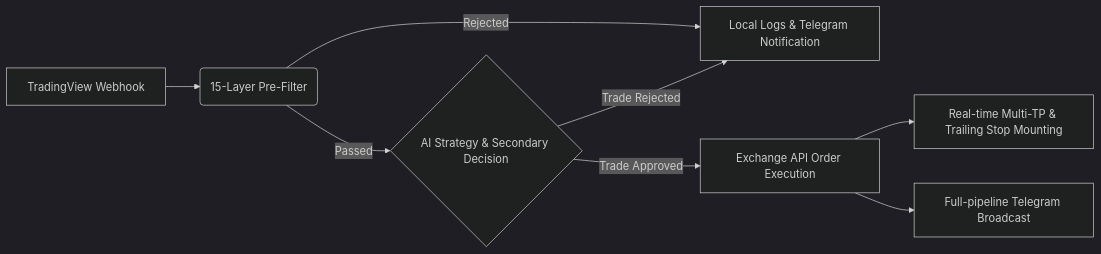
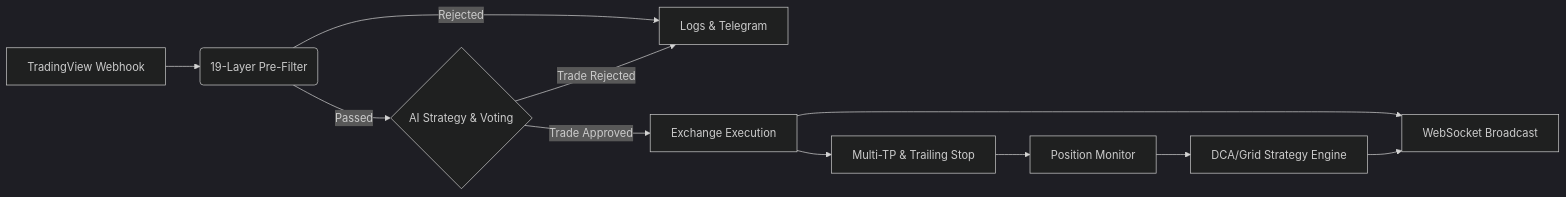
One commit to ikun52012/QuantPilot-AI changed the diagram in README.md. Above: the diagram before and after it, drawn with Mermaid (dark theme). The commit also changed other lines of this file and 77 other files, not shown here.

First line of the commit message:
feat: major v4.4.0 upgrade with DCA/Grid strategies, backtest engine, WebSocket, and social features

````diff
--- a/README.md
+++ b/README.md
@@ -62,10 +187,13 @@
 ```mermaid
 graph LR
-A[TradingView Webhook] --> B(15-Layer Pre-Filter)
-B --> |Passed| C{AI Strategy & Secondary Decision}
-B --> |Rejected| F[Local Logs & Telegram Notification]
-C --> |Trade Approved| D[Exchange API Order Execution]
-C --> |Trade Rejected| F
-D --> E[Real-time Multi-TP & Trailing Stop Mounting]
-D --> G[Full-pipeline Telegram Broadcast]
+    A[TradingView Webhook] --> B(19-Layer Pre-Filter)
+    B --> |Passed| C{AI Strategy & Voting}
+    B --> |Rejected| F[Logs & Telegram]
+    C --> |Trade Approved| D[Exchange Execution]
+    C --> |Trade Rejected| F
+    D --> E[Multi-TP & Trailing Stop]
+    D --> G[WebSocket Broadcast]
+    E --> H[Position Monitor]
+    H --> I[DCA/Grid Strategy Engine]
+    I --> G
 ```
````
